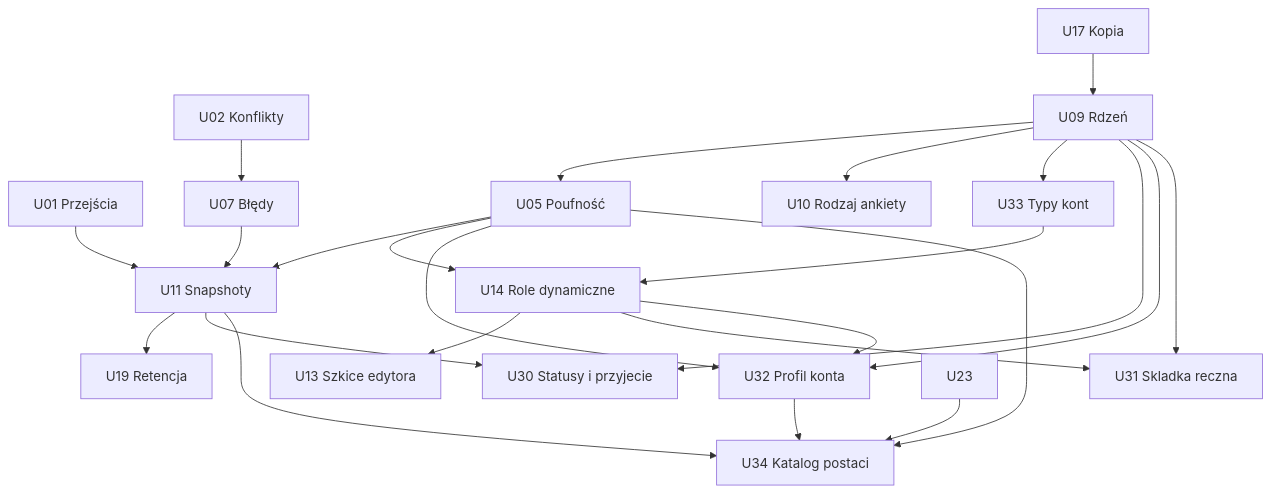
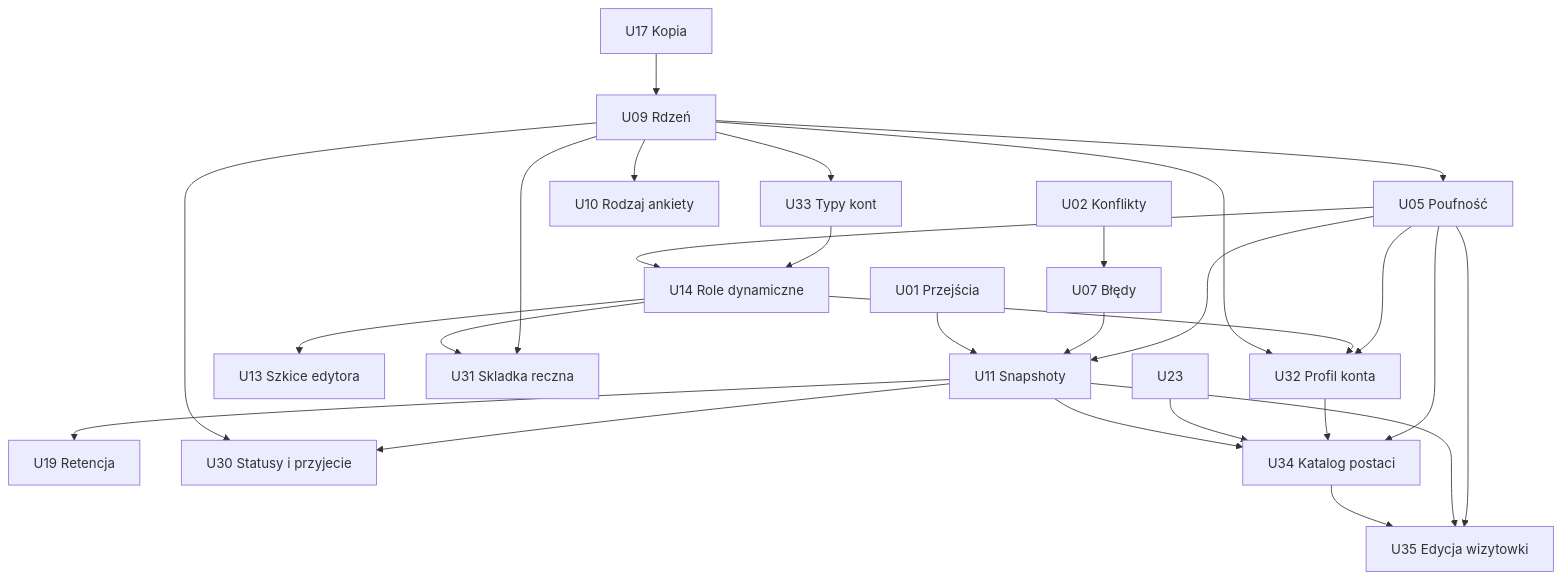
The diagram in docs/planning/BACKLOG.md (Krasny-Lis/ursunalia-character-generator), drawn with Mermaid before and after one commit. The commit also changed other lines of this file, not shown here.

````diff
--- a/docs/planning/BACKLOG.md
+++ b/docs/planning/BACKLOG.md
@@ -475,26 +487,29 @@
 ```mermaid
 flowchart TD
     U01["U01 Przejścia"] --> U11["U11 Snapshoty"]
     U02["U02 Konflikty"] --> U07["U07 Błędy"]
     U07 --> U11
     U17["U17 Kopia"] --> U09["U09 Rdzeń"]
     U09 --> U05["U05 Poufność"]
     U09 --> U10["U10 Rodzaj ankiety"]
     U05 --> U11
     U05 --> U14["U14 Role dynamiczne"]
     U09 --> U33["U33 Typy kont"]
     U33 --> U14
     U11 --> U19["U19 Retencja"]
     U14 --> U13["U13 Szkice edytora"]
     U09 --> U30["U30 Statusy i przyjecie"]
     U11 --> U30
     U14 --> U31["U31 Skladka reczna"]
     U09 --> U32["U32 Profil konta"]
     U14 --> U32
     U05 --> U32
     U11 --> U34["U34 Katalog postaci"]
     U23 --> U34
     U32 --> U34
     U05 --> U34
+    U34 --> U35["U35 Edycja wizytowki"]
+    U11 --> U35
+    U05 --> U35
     U09 --> U31
 ```
````
